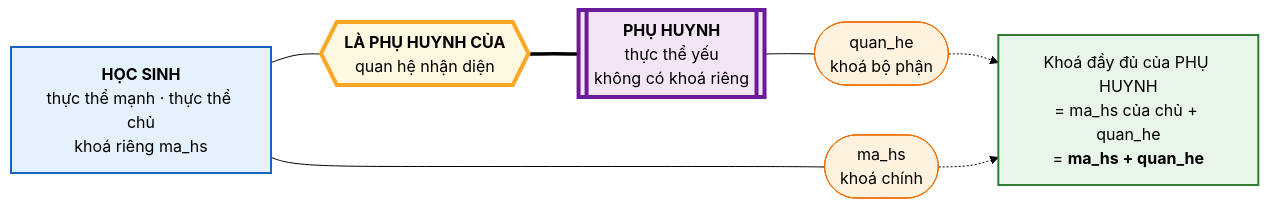
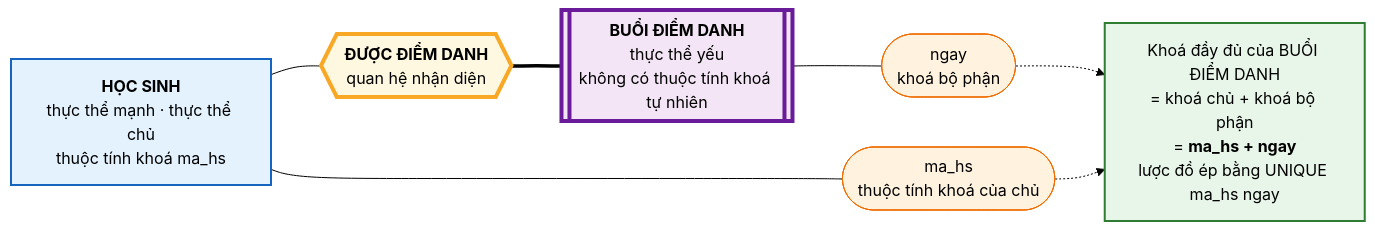
One commit to hungnguyen010518/database-tu-a-z changed the second of 2 diagrams in docs/cap-1-mo-hinh-er/09-participation-va-thuc-the-yeu.md. Above: the diagram before and after it, drawn with Mermaid (forest theme). The commit also changed other lines of this file and 4 other files, not shown here.

````diff
--- a/docs/cap-1-mo-hinh-er/09-participation-va-thuc-the-yeu.md
+++ b/docs/cap-1-mo-hinh-er/09-participation-va-thuc-the-yeu.md
@@ -186,25 +229,25 @@
 ```mermaid
 flowchart LR
-    HS["<b>HỌC SINH</b><br/>thực thể mạnh · thực thể chủ<br/>khoá riêng ma_hs"]
-    R{{"<b>LÀ PHỤ HUYNH CỦA</b><br/>quan hệ nhận diện"}}
-    PH[["<b>PHỤ HUYNH</b><br/>thực thể yếu<br/>không có khoá riêng"]]
+    HS["<b>HỌC SINH</b><br/>thực thể mạnh · thực thể chủ<br/>thuộc tính khoá ma_hs"]
+    R{{"<b>ĐƯỢC ĐIỂM DANH</b><br/>quan hệ nhận diện"}}
+    PH[["<b>BUỔI ĐIỂM DANH</b><br/>thực thể yếu<br/>không có thuộc tính khoá tự nhiên"]]
 
-    K1(["ma_hs<br/>khoá chính"])
-    K2(["quan_he<br/>khoá bộ phận"])
+    K1(["ma_hs<br/>thuộc tính khoá của chủ"])
+    K2(["ngay<br/>khoá bộ phận"])
 
     HS --- K1
     HS --- R
     R === PH
     PH --- K2
 
-    KQ["Khoá đầy đủ của PHỤ HUYNH<br/>= ma_hs của chủ + quan_he<br/>= <b>ma_hs + quan_he</b>"]
+    KQ["Khoá đầy đủ của BUỔI ĐIỂM DANH<br/>= khoá chủ + khoá bộ phận<br/>= <b>ma_hs + ngay</b><br/>lược đồ ép bằng UNIQUE ma_hs ngay"]
     K2 -.-> KQ
     K1 -.-> KQ
 
     style HS fill:#e3f2fd,stroke:#1565c0,stroke-width:2px
     style PH fill:#f3e5f5,stroke:#6a1b9a,stroke-width:4px
     style R fill:#fff8e1,stroke:#f9a825,stroke-width:4px
     style K1 fill:#fff3e0,stroke:#ef6c00
     style K2 fill:#fff3e0,stroke:#ef6c00
     style KQ fill:#e8f5e9,stroke:#2e7d32,stroke-width:2px
 ```
````
